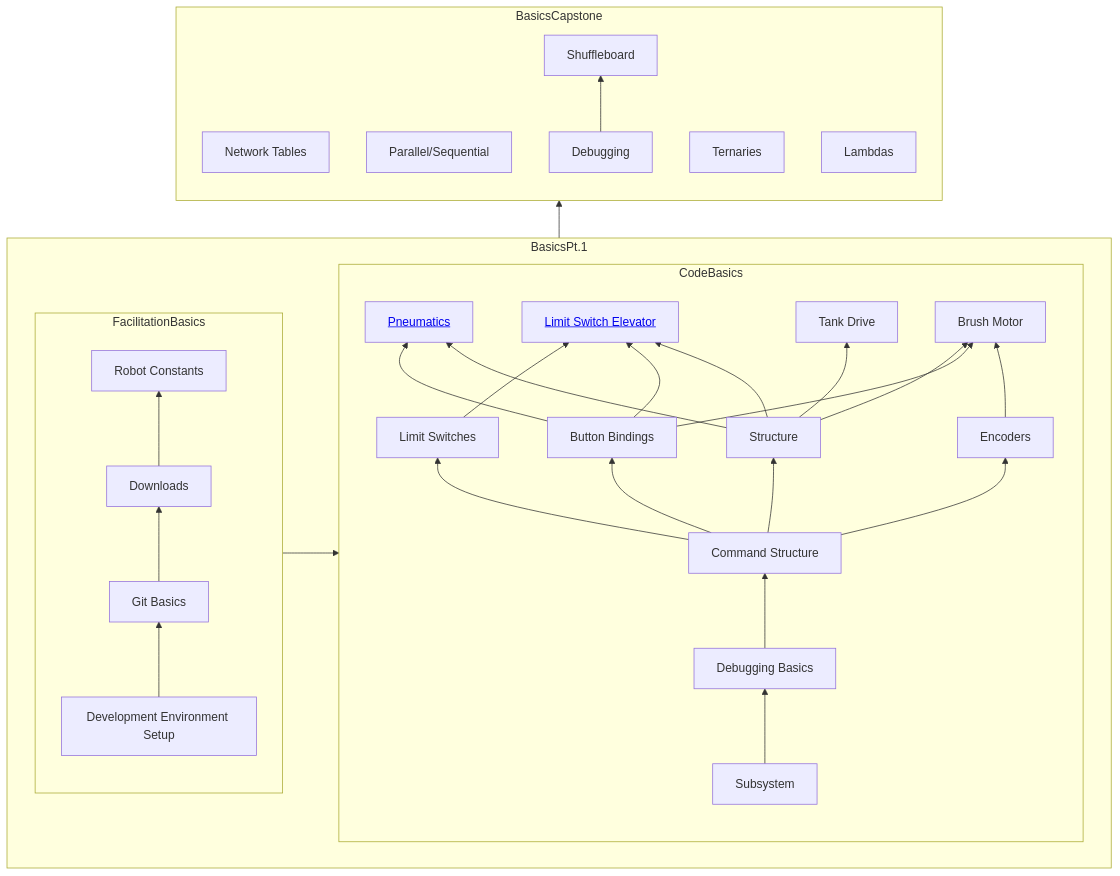
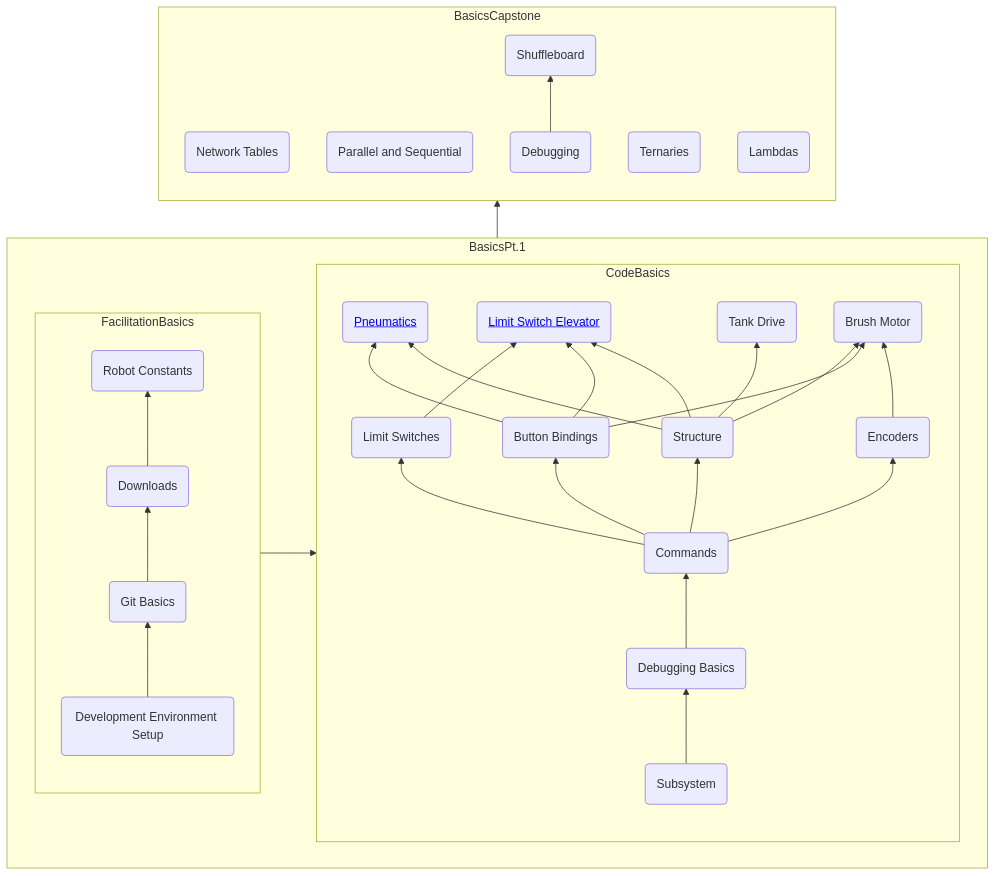
One commit to Lakemonsters2635/training changed the diagram in README.md. Above: the diagram before and after it, drawn with Mermaid.

Commit message:
pretty round edges

````diff
--- a/README.md
+++ b/README.md
@@ -7,41 +7,41 @@
 ```mermaid
     flowchart BT
     subgraph BasicsPt.1
         direction LR
         subgraph FacilitationBasics
             direction BT
-            id0[Development Environment Setup]-->id1
-            id1[Git Basics]-->Downloads;
-            Downloads-->id2[Robot Constants];
+            id0(Development Environment Setup)-->id1
+            id1(Git Basics)-->id12(Downloads);
+            id12-->id2(Robot Constants);
         end
         subgraph CodeBasics
             direction BT
-            Subsystem-->id3[Debugging Basics];
-            id3-->id4[Command Structure];
-            id4-->Structure;
-            id4-->id5[Button Bindings];
-            id4-->Encoders;
-            id4-->id6[Limit Switches];
-            Structure-->B[<a href='https://github.com/Lakemonsters2635/pneumatics_base'>Pneumatics</a>];
+            id11(Subsystem)-->id3(Debugging Basics);
+            id3-->id4(Commands);
+            id4-->id13(Structure);
+            id4-->id5(Button Bindings);
+            id4-->id14(Encoders);
+            id4-->id6(Limit Switches);
+            id13-->B(<a href='https://github.com/Lakemonsters2635/pneumatics_base'>Pneumatics</a>);
             id5-->B;
-            Structure-->A[<a href='https://github.com/Lakemonsters2635/ElevatorBase'>Limit Switch Elevator</a>];
+            id13-->A(<a href='https://github.com/Lakemonsters2635/ElevatorBase'>Limit Switch Elevator</a>);
             id5-->A;
             id6-->A;
-            Structure-->id8[Tank Drive];
-            Encoders-->id9[Brush Motor];
+            id13-->id8(Tank Drive);
+            id14-->id9(Brush Motor);
             id5-->id9;
-            Structure-->id9;
+            id13-->id9;
         end
     end
     subgraph BasicsCapstone
-            direction BT
-            id10[Network Tables]~~~Shuffleboard;
-            Parallel/Sequential~~~Shuffleboard;
-            Debugging-->Shuffleboard;
-            Ternaries~~~Shuffleboard;
-            Lambdas~~~Shuffleboard;
-        end
+        direction BT
+            id10(Network Tables)~~~id19(Shuffleboard);
+            id15(Parallel and Sequential)~~~id19;
+            id16(Debugging)-->id19;
+            id17(Ternaries)~~~id19;
+            id18(Lambdas)~~~id19;
+    end
     FacilitationBasics-->CodeBasics;
     BasicsPt.1-->BasicsCapstone;
     
 ```
````
